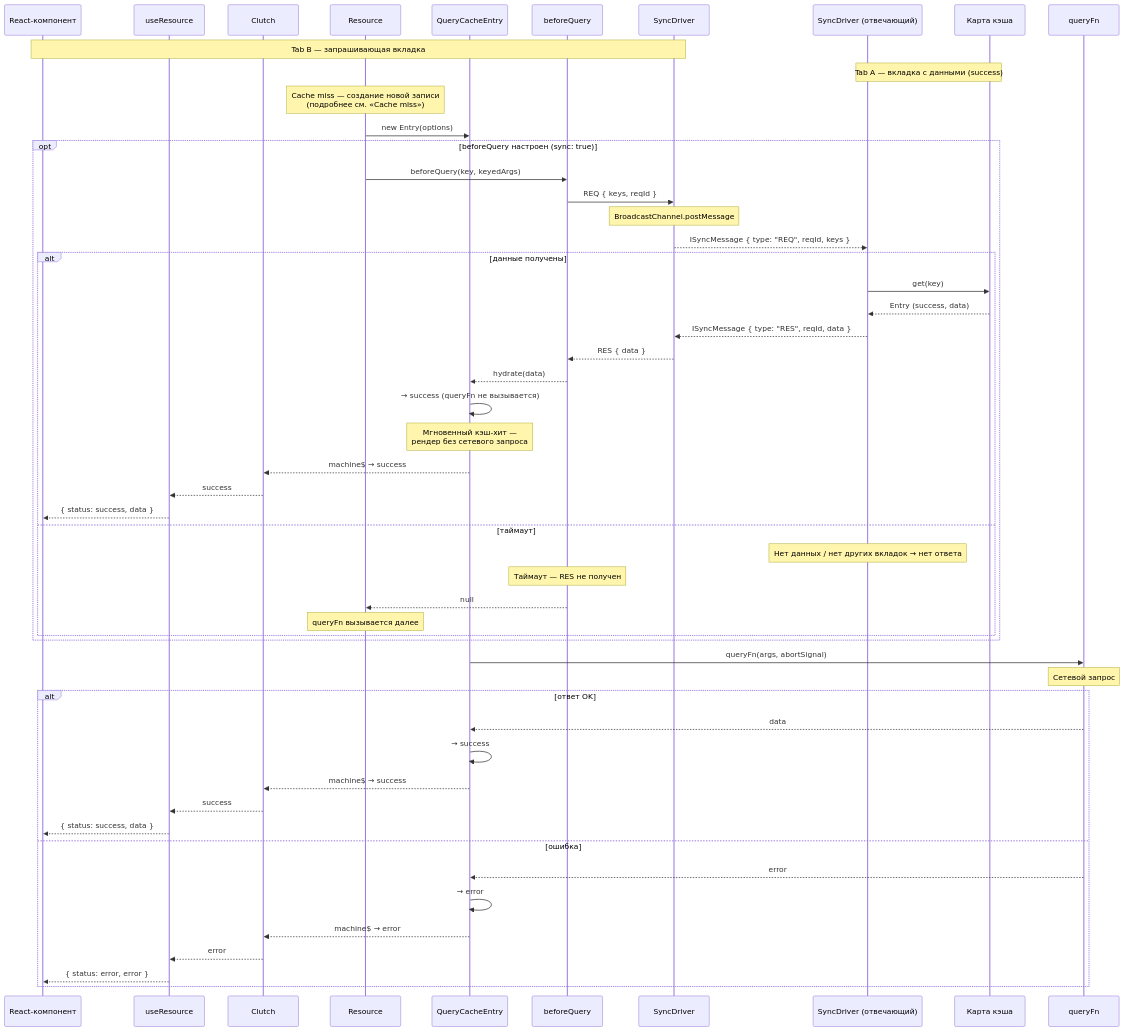
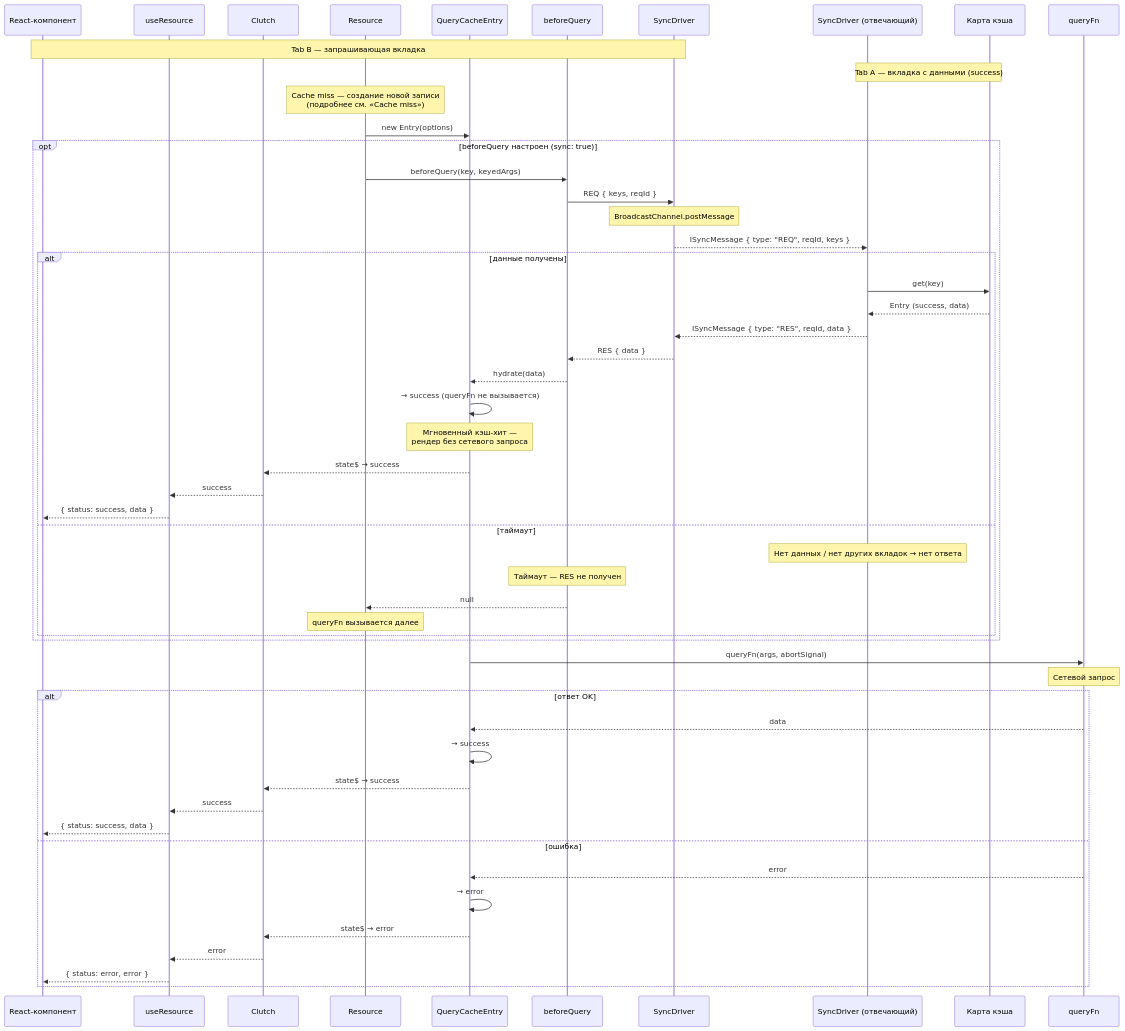
Before and after one commit to fozy-labs/rx-toolkit: the tenth of 10 diagrams in docs/query/concepts/dataflows.md, drawn with Mermaid. The commit also changed other lines of this file and 71 other files, not shown here.

````diff
--- a/docs/query/concepts/dataflows.md
+++ b/docs/query/concepts/dataflows.md
@@ -397,61 +397,61 @@
 ```mermaid
 sequenceDiagram
     participant UI as React-компонент
     participant Hook as useResource
     participant Clutch as Clutch
     participant Res as Resource
     participant Entry as QueryCacheEntry
     participant BQ as beforeQuery
     participant Sync as SyncDriver
     participant Sync2 as SyncDriver (отвечающий)
     participant Cache2 as Карта кэша
     participant Query as queryFn
 
     Note over UI, Sync: Tab B — запрашивающая вкладка
     Note over Sync2, Cache2: Tab A — вкладка с данными (success)
 
     Note over Res: Cache miss — создание новой записи<br/>(подробнее см. «Cache miss»)
     Res->>Entry: new Entry(options)
 
     opt beforeQuery настроен (sync: true)
         Res->>BQ: beforeQuery(key, keyedArgs)
         BQ->>Sync: REQ { keys, reqId }
         Note over Sync: BroadcastChannel.postMessage
         Sync-->>Sync2: ISyncMessage { type: "REQ", reqId, keys }
 
         alt данные получены
             Sync2->>Cache2: get(key)
             Cache2-->>Sync2: Entry (success, data)
             Sync2-->>Sync: ISyncMessage { type: "RES", reqId, data }
             Sync-->>BQ: RES { data }
             BQ-->>Entry: hydrate(data)
             Entry->>Entry: → success (queryFn не вызывается)
             Note over Entry: Мгновенный кэш-хит —<br/>рендер без сетевого запроса
-            Entry-->>Clutch: machine$ → success
+            Entry-->>Clutch: state$ → success
             Clutch-->>Hook: success
             Hook-->>UI: { status: success, data }
         else таймаут
             Note over Sync2: Нет данных / нет других вкладок → нет ответа
             Note over BQ: Таймаут — RES не получен
             BQ-->>Res: null
             Note over Res: queryFn вызывается далее
         end
     end
 
     Entry->>Query: queryFn(args, abortSignal)
     Note over Query: Сетевой запрос
 
     alt ответ OK
         Query-->>Entry: data
         Entry->>Entry: → success
-        Entry-->>Clutch: machine$ → success
+        Entry-->>Clutch: state$ → success
         Clutch-->>Hook: success
         Hook-->>UI: { status: success, data }
     else ошибка
         Query-->>Entry: error
         Entry->>Entry: → error
-        Entry-->>Clutch: machine$ → error
+        Entry-->>Clutch: state$ → error
         Clutch-->>Hook: error
         Hook-->>UI: { status: error, error }
     end
 ```
````
